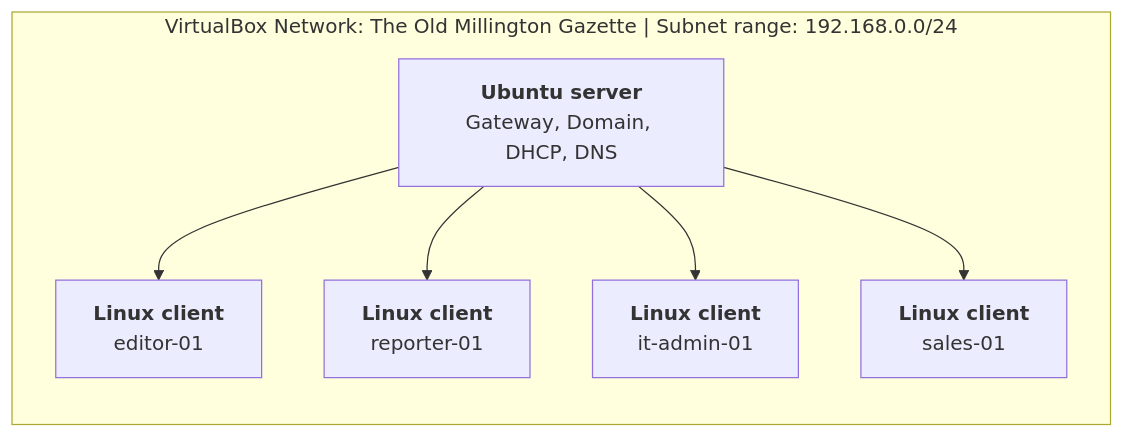
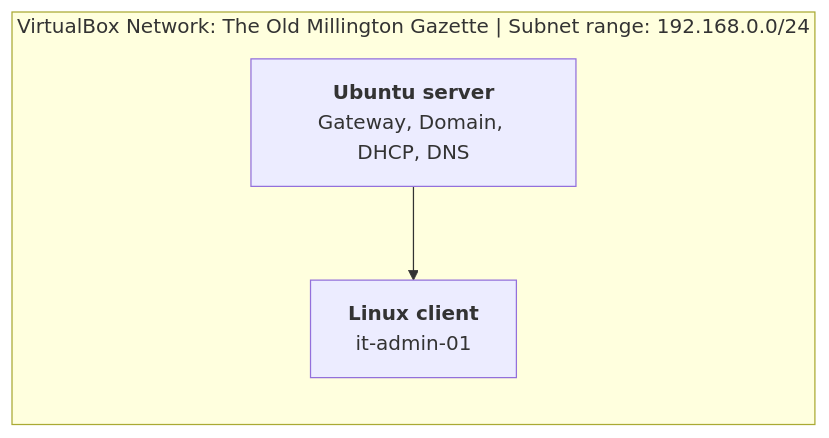
Before and after one commit to robbaileyhome-dev/homelab-portfolio: the diagram in Labs/Lab01 Network setup.md, drawn with Mermaid.

Commit message:
Update network setup by removing two Linux clients
Removed Linux clients 'editor-01' and 'reporter-01' from the network setup diagram.

````diff
--- a/Labs/Lab01 Network setup.md
+++ b/Labs/Lab01 Network setup.md
@@ -7,17 +7,11 @@
 ```mermaid
 flowchart TD
     subgraph NET["VirtualBox Network: The Old Millington Gazette | Subnet range: 192.168.0.0/24"]
         direction TB
         SRV["<b>Ubuntu server</b><br/>Gateway, Domain, DHCP, DNS"]
 
-        ED["<b>Linux client</b><br/>editor-01"]
-        REP["<b>Linux client</b><br/>reporter-01"]
         IT["<b>Linux client</b><br/>it-admin-01"]
-        SALES["<b>Linux client</b><br/>sales-01"]
 
-        SRV --> ED
-        SRV --> REP
         SRV --> IT
-        SRV --> SALES
     end
 ```
````
